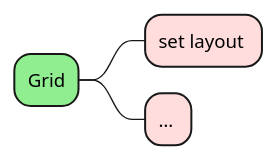
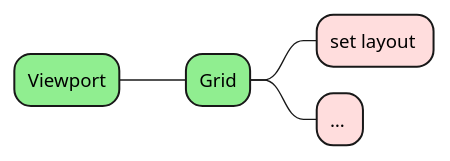
The third of 9 diagrams in docs/content-docs/setup/structures-gui.md (MARTIMM/question-answer), drawn with PlantUML before and after one commit. The commit also changed other lines of this file, not shown here.

Commit message:
gui construct in mindmap

````diff
--- a/docs/content-docs/setup/structures-gui.md
+++ b/docs/content-docs/setup/structures-gui.md
@@ -93,22 +92,23 @@
 ```plantuml
 @startmindmap
 scale 0.9
 <style>
 mindmapDiagram {
   node {
     BackgroundColor lightGreen
   }
 
   .rose {
     BackgroundColor #ffdddd
   }
 }
 </style>
 
-* Grid
-** set layout <<rose>>
+* Viewport
+** Grid
+*** set layout <<rose>>
 '** set layout <<rose>>
-** … <<rose>>
+*** … <<rose>>
 
 @endmindmap
 ```
````
